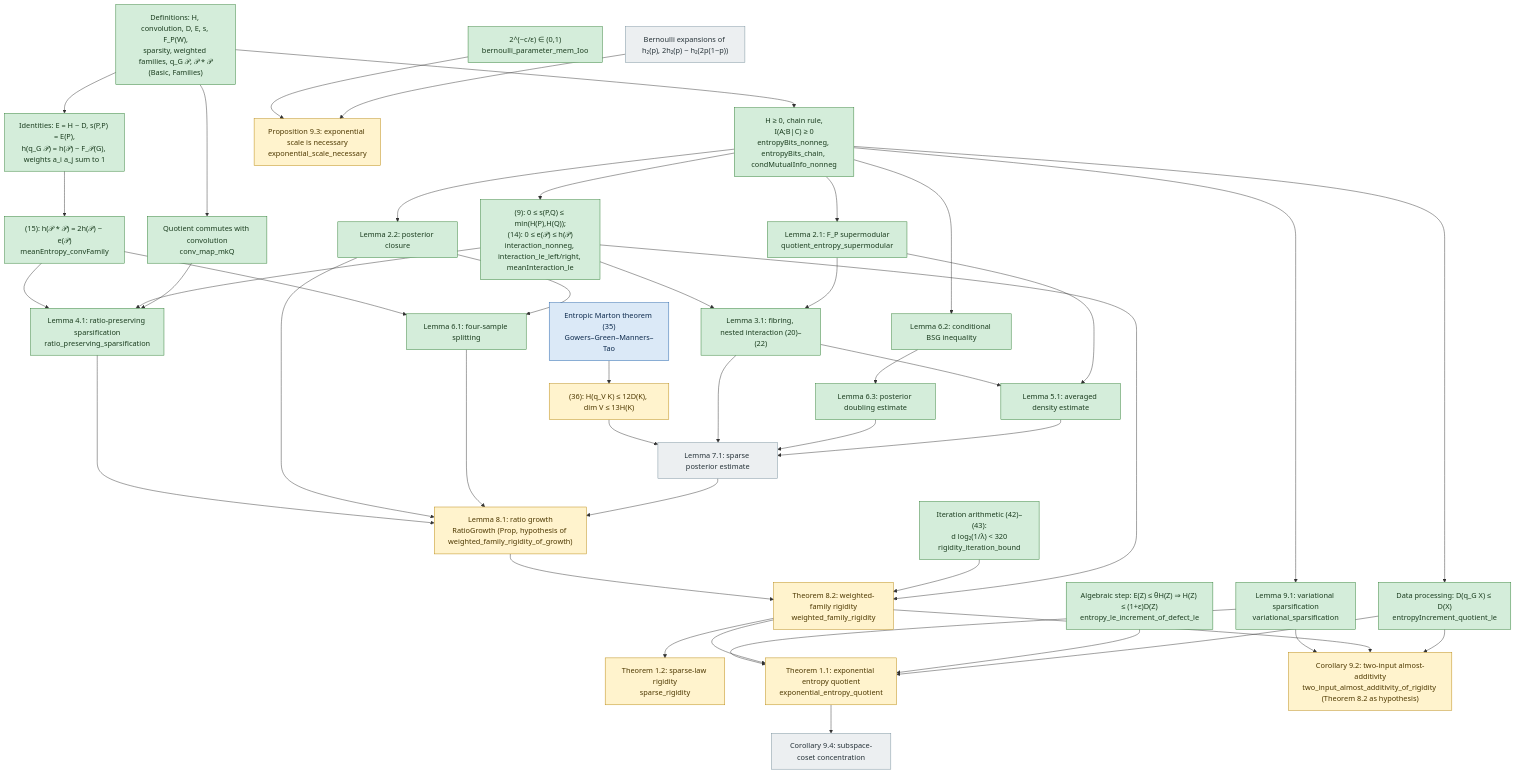
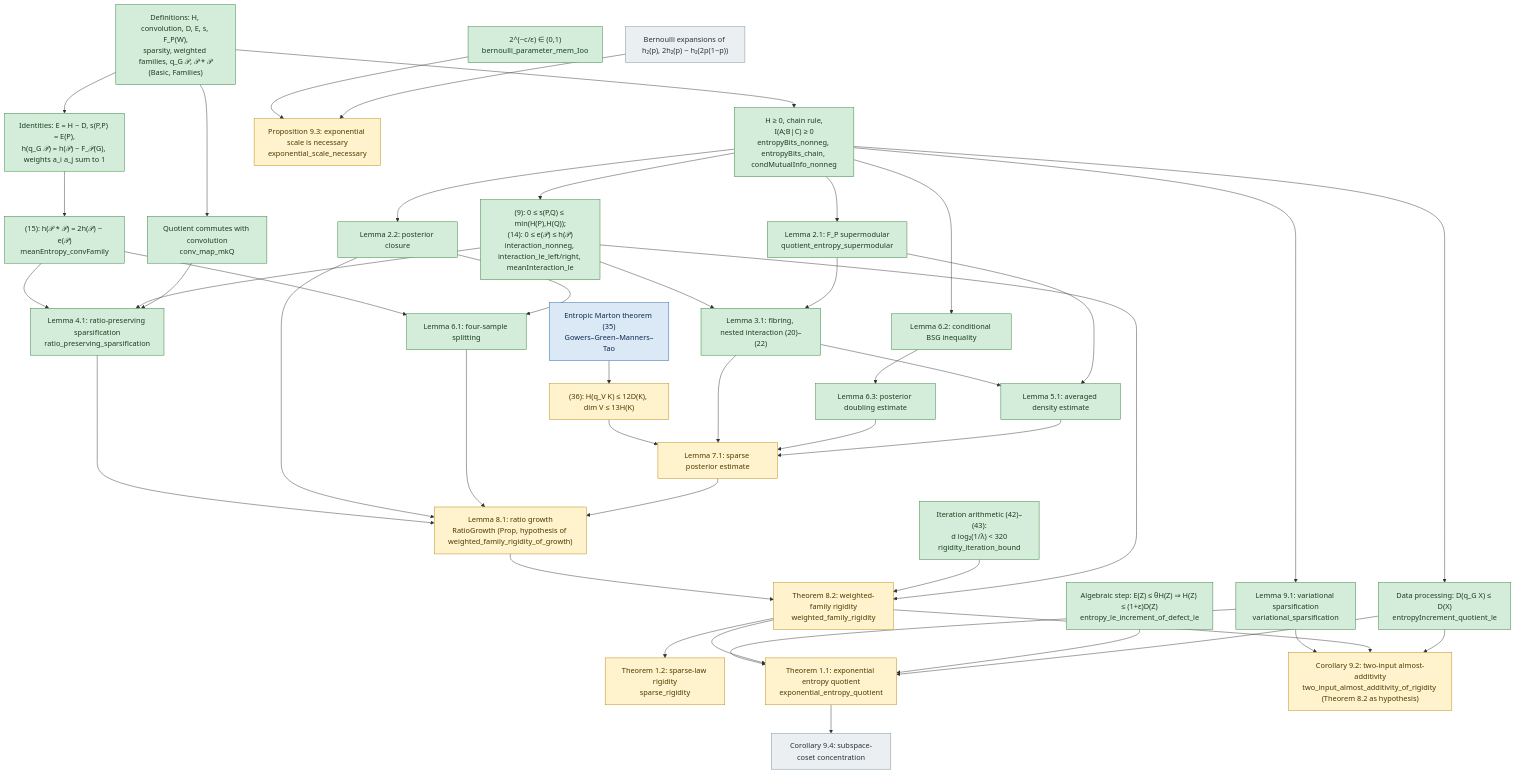
One commit to JosiahPark/entropy-quotients-lean changed the diagram in docs/DEPENDENCIES.md. Above: the diagram before and after it, drawn with Mermaid.

Commit message:
formalize: D8 mark L71 stated (proved from MartonInput)

```diff
--- a/docs/DEPENDENCIES.md
+++ b/docs/DEPENDENCIES.md
@@ -42,7 +42,7 @@
   L63["Lemma 6.3: posterior doubling estimate"]:::proved
   MAR["Entropic Marton theorem (35)<br/>Gowers–Green–Manners–Tao"]:::external
   E36["(36): H(q_V K) ≤ 12D(K), dim V ≤ 13H(K)"]:::stated
-  L71["Lemma 7.1: sparse posterior estimate"]:::missing
+  L71["Lemma 7.1: sparse posterior estimate"]:::stated
 
   %% Section 8
   L81["Lemma 8.1: ratio growth<br/>RatioGrowth (Prop, hypothesis of weighted_family_rigidity_of_growth)"]:::stated
```
